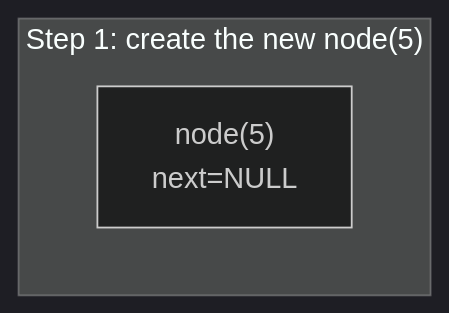
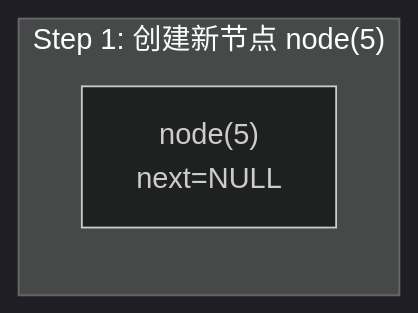
One commit to Awesome-Embedded-Learning-Studio/Tutorial_AwesomeModernCPP changed the second of 4 diagrams in documents/en/vol1-fundamentals/c_tutorials/advanced_feature/06-handmade-linked-list.md. Above: the diagram before and after it, drawn with Mermaid (dark theme). The commit also changed other lines of this file and 749 other files, not shown here.

````diff
--- a/documents/en/vol1-fundamentals/c_tutorials/advanced_feature/06-handmade-linked-list.md
+++ b/documents/en/vol1-fundamentals/c_tutorials/advanced_feature/06-handmade-linked-list.md
@@ -179,6 +179,6 @@
 ```mermaid
 graph LR
-    subgraph "Step 1: create the new node(5)"
+    subgraph "Step 1: 创建新节点 node(5)"
         S1["node(5)<br/>next=NULL"]
     end
 ```
````
